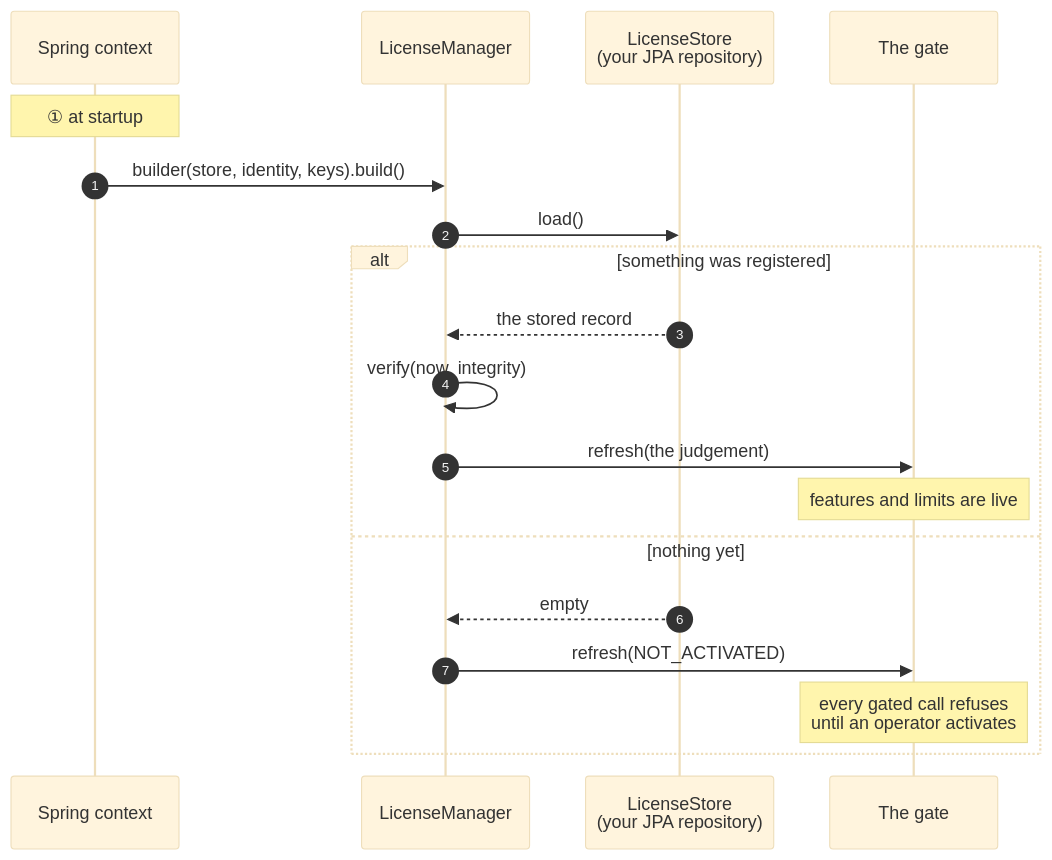
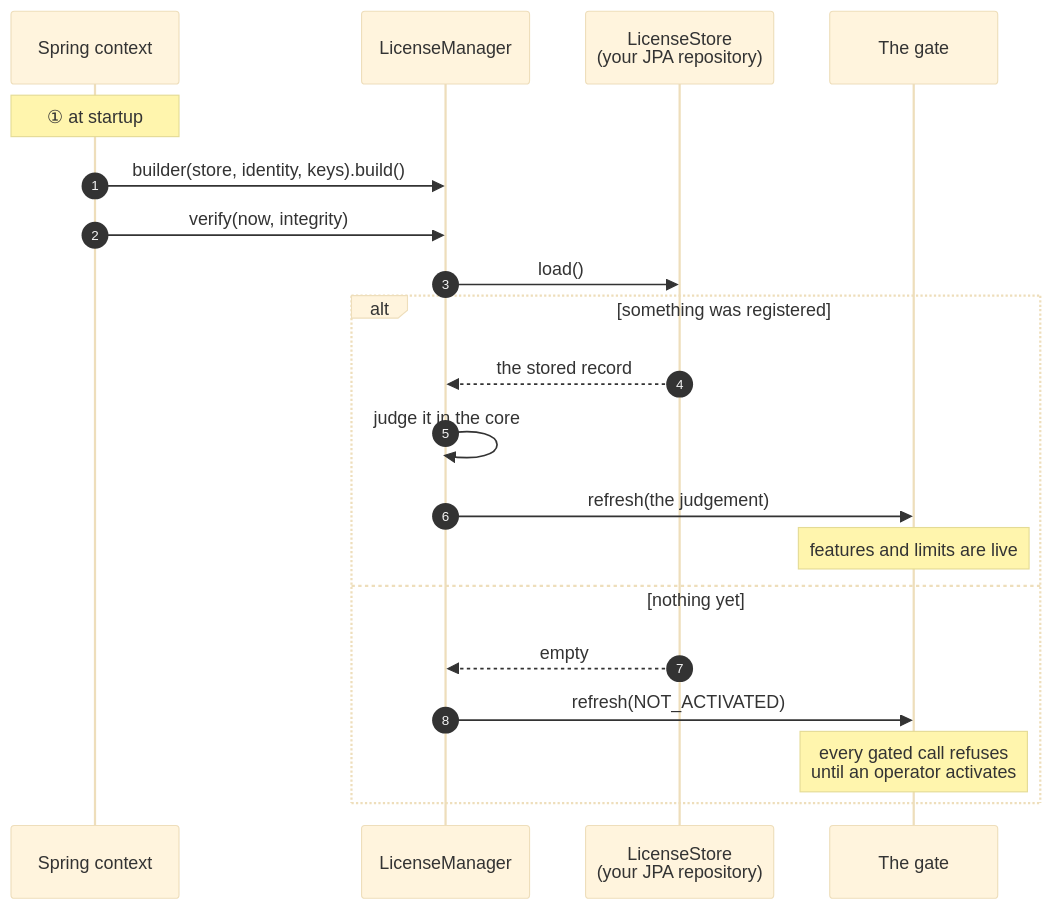
One commit to accesscore-dev/accesscore-license-sdk-dist changed the first of 2 diagrams in docs/manual/en/java.md. Above: the diagram before and after it, drawn with Mermaid (base theme). The commit also changed other lines of this file and 28 other files, not shown here.

````diff
--- a/docs/manual/en/java.md
+++ b/docs/manual/en/java.md
@@ -8,22 +8,23 @@
 ```mermaid
 sequenceDiagram
     autonumber
     participant Boot as Spring context
     participant Mgr as LicenseManager
     participant Store as LicenseStore<br/>(your JPA repository)
     participant Gate as The gate
 
     Note over Boot: ① at startup
     Boot->>Mgr: builder(store, identity, keys).build()
+    Boot->>Mgr: verify(now, integrity)
     Mgr->>Store: load()
     alt something was registered
         Store-->>Mgr: the stored record
-        Mgr->>Mgr: verify(now, integrity)
+        Mgr->>Mgr: judge it in the core
         Mgr->>Gate: refresh(the judgement)
         Note over Gate: features and limits are live
     else nothing yet
         Store-->>Mgr: empty
         Mgr->>Gate: refresh(NOT_ACTIVATED)
         Note over Gate: every gated call refuses<br/>until an operator activates
     end
 ```
````
